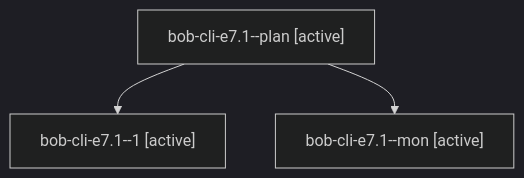
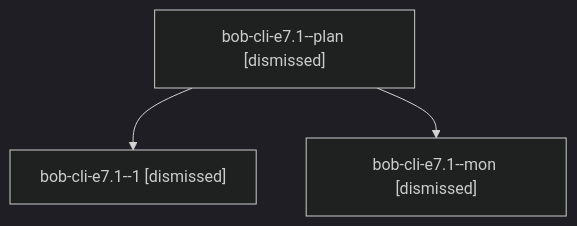
Before and after one commit to bobs-org/bob-cli--agents: the diagram in sessions/bbugyi200.apollo.bob-cli-e7.1.md, drawn with Mermaid (dark theme). The commit also changed other lines of this file and 212 other files, not shown here.

````diff
--- a/sessions/bbugyi200.apollo.bob-cli-e7.1.md
+++ b/sessions/bbugyi200.apollo.bob-cli-e7.1.md
@@ -9,8 +9,8 @@
 ```mermaid
 flowchart TD
-  n0["bob-cli-e7.1--plan [active]"]
-  n1["bob-cli-e7.1--1 [active]"]
+  n0["bob-cli-e7.1--plan [dismissed]"]
+  n1["bob-cli-e7.1--1 [dismissed]"]
   n0 --> n1
-  n2["bob-cli-e7.1--mon [active]"]
+  n2["bob-cli-e7.1--mon [dismissed]"]
   n0 --> n2
 ```
````
